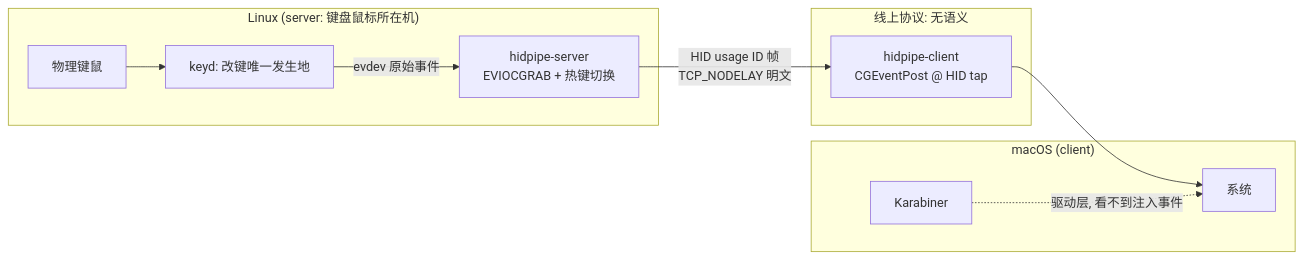
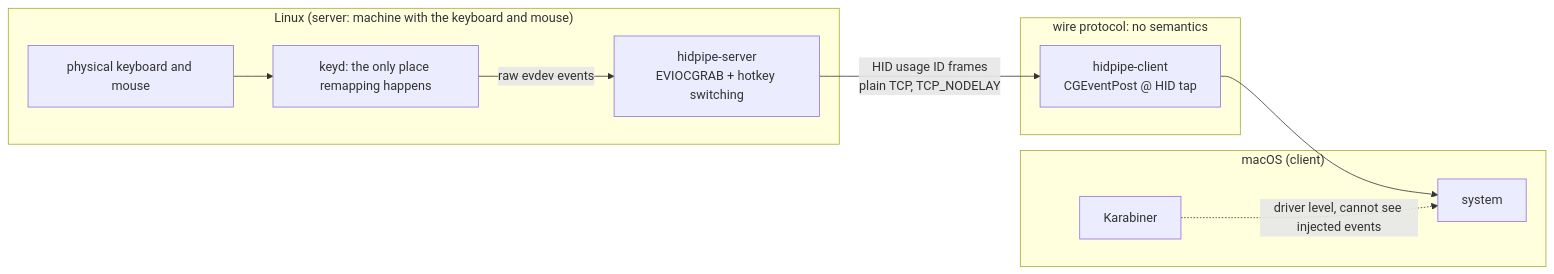
The diagram in README.md (woxQAQ/hidpipe), drawn with Mermaid before and after one commit. The commit also changed other lines of this file and 15 other files, not shown here.

````diff
--- a/README.md
+++ b/README.md
@@ -13,14 +13,14 @@
 ```mermaid
 flowchart LR
-    subgraph Linux["Linux (server: 键盘鼠标所在机)"]
-        K[物理键鼠] --> KD[keyd: 改键唯一发生地]
-        KD -->|evdev 原始事件| S[hidpipe-server<br/>EVIOCGRAB + 热键切换]
+    subgraph Linux["Linux (server: machine with the keyboard and mouse)"]
+        K[physical keyboard and mouse] --> KD[keyd: the only place remapping happens]
+        KD -->|raw evdev events| S[hidpipe-server<br/>EVIOCGRAB + hotkey switching]
     end
-    subgraph Wire["线上协议: 无语义"]
-        S -->|"HID usage ID 帧<br/>TCP_NODELAY 明文"| C
+    subgraph Wire["wire protocol: no semantics"]
+        S -->|"HID usage ID frames<br/>plain TCP, TCP_NODELAY"| C
     end
     subgraph macOS["macOS (client)"]
-        C[hidpipe-client<br/>CGEventPost @ HID tap] --> SYS[系统]
-        KB[Karabiner] -.->|驱动层, 看不到注入事件| SYS
+        C[hidpipe-client<br/>CGEventPost @ HID tap] --> SYS[system]
+        KB[Karabiner] -.->|driver level, cannot see injected events| SYS
     end
 ```
````
